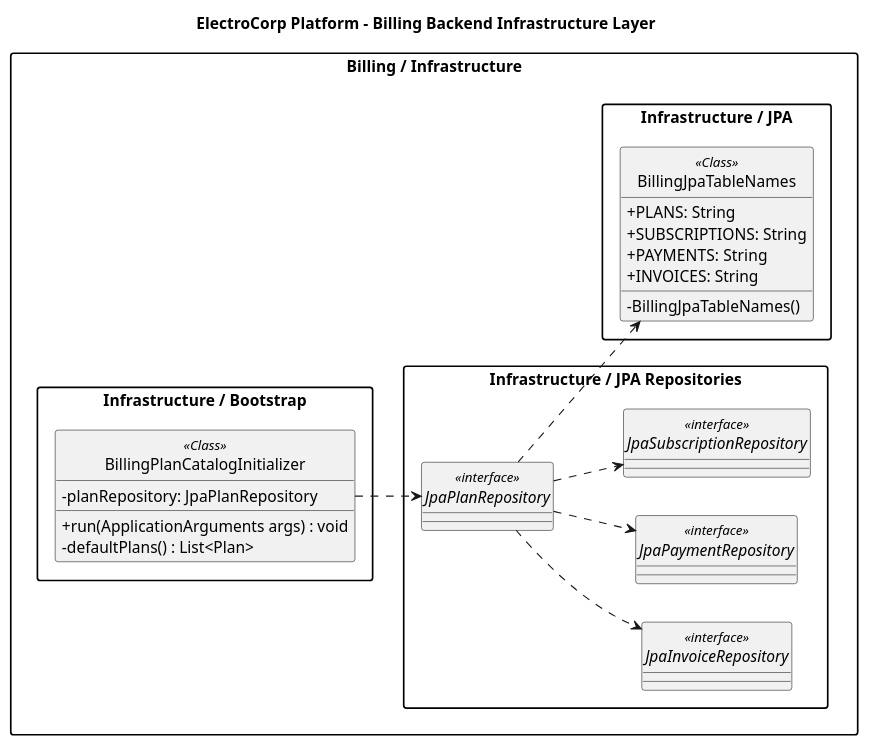
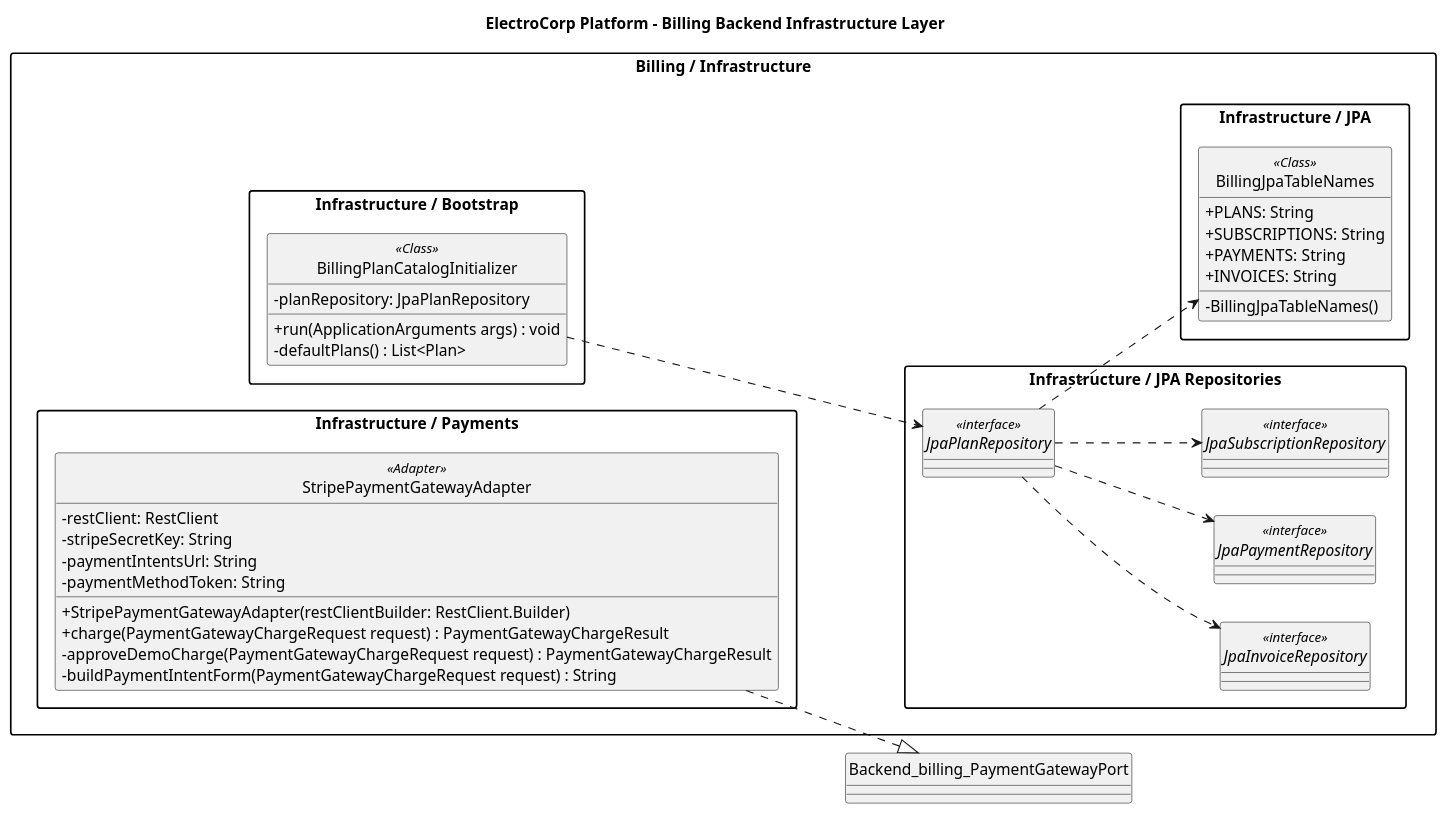
Before and after one commit to upc-pre-202610-1asi0729-11896-ecorp/electrocorp-report: the diagram in docs/diagrams/class/backend/layers/billing/backend-billing-infrastructure-class-diagram.puml, drawn with PlantUML. The commit also changed 34 other files, not shown here.

Commit message:
docs: update final architecture diagrams

```diff
--- a/docs/diagrams/class/backend/layers/billing/backend-billing-infrastructure-class-diagram.puml
+++ b/docs/diagrams/class/backend/layers/billing/backend-billing-infrastructure-class-diagram.puml
@@ -1,46 +1,59 @@
 @startuml
 title ElectroCorp Platform - Billing Backend Infrastructure Layer
 left to right direction
 skinparam packageStyle rectangle
 skinparam shadowing false
 skinparam classAttributeIconSize 0
 hide circle
 
 package "Billing / Infrastructure" {
   package "Infrastructure / Bootstrap" {
     class "BillingPlanCatalogInitializer" as Backend_billing_BillingPlanCatalogInitializer <<Class>> {
       - planRepository: JpaPlanRepository
       + run(ApplicationArguments args) : void
       - defaultPlans() : List<Plan>
     }
   }
   package "Infrastructure / JPA" {
     class "BillingJpaTableNames" as Backend_billing_BillingJpaTableNames <<Class>> {
       + PLANS: String
       + SUBSCRIPTIONS: String
       + PAYMENTS: String
       + INVOICES: String
       - BillingJpaTableNames()
     }
   }
   package "Infrastructure / JPA Repositories" {
     interface "JpaInvoiceRepository" as Backend_billing_JpaInvoiceRepository <<interface>> {
     }
     interface "JpaPaymentRepository" as Backend_billing_JpaPaymentRepository <<interface>> {
     }
     interface "JpaPlanRepository" as Backend_billing_JpaPlanRepository <<interface>> {
     }
     interface "JpaSubscriptionRepository" as Backend_billing_JpaSubscriptionRepository <<interface>> {
     }
   }
+  package "Infrastructure / Payments" {
+    class "StripePaymentGatewayAdapter" as Backend_billing_StripePaymentGatewayAdapter <<Adapter>> {
+      - restClient: RestClient
+      - stripeSecretKey: String
+      - paymentIntentsUrl: String
+      - paymentMethodToken: String
+      + StripePaymentGatewayAdapter(restClientBuilder: RestClient.Builder)
+      + charge(PaymentGatewayChargeRequest request) : PaymentGatewayChargeResult
+      - approveDemoCharge(PaymentGatewayChargeRequest request) : PaymentGatewayChargeResult
+      - buildPaymentIntentForm(PaymentGatewayChargeRequest request) : String
+    }
+  }
 }
 
 Backend_billing_BillingPlanCatalogInitializer ..> Backend_billing_JpaPlanRepository
 
 ' Layer relationship completion: every declared type participates in this layer diagram.
 Backend_billing_JpaPlanRepository ..> Backend_billing_BillingJpaTableNames
 Backend_billing_JpaPlanRepository ..> Backend_billing_JpaInvoiceRepository
 Backend_billing_JpaPlanRepository ..> Backend_billing_JpaPaymentRepository
 Backend_billing_JpaPlanRepository ..> Backend_billing_JpaSubscriptionRepository
+Backend_billing_StripePaymentGatewayAdapter ..|> Backend_billing_PaymentGatewayPort
 
 @enduml
```
